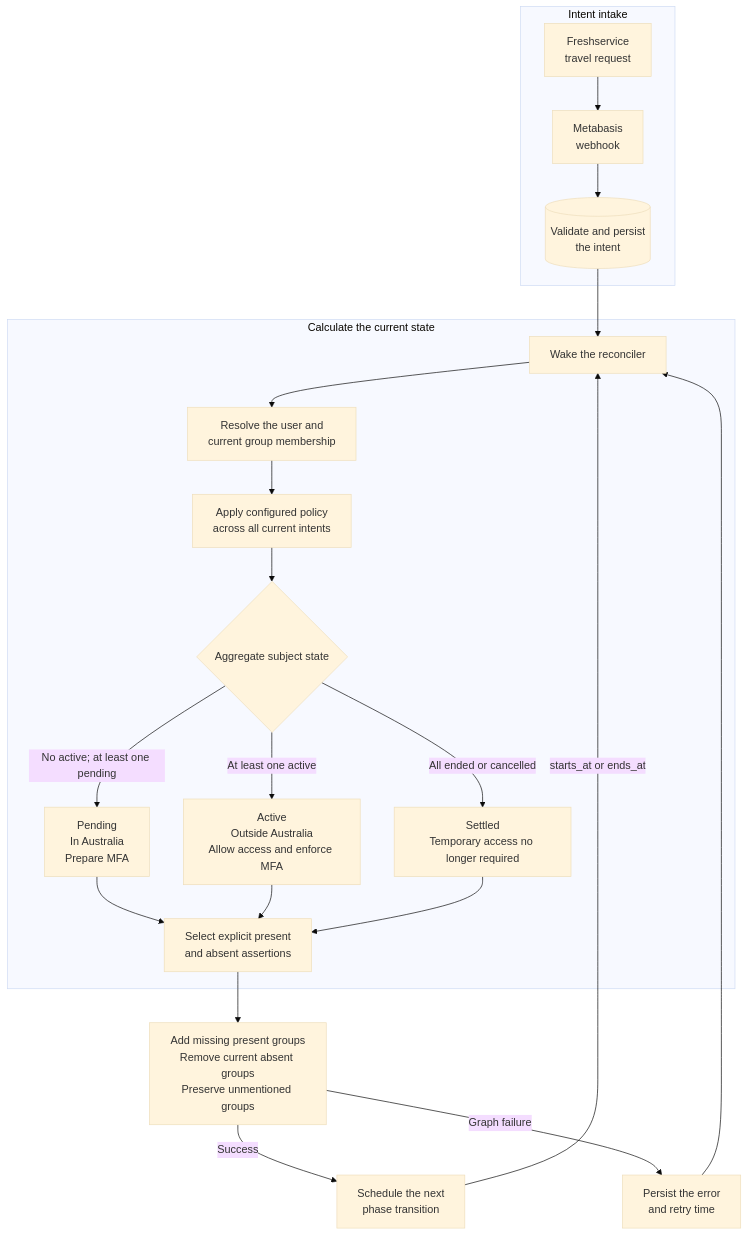
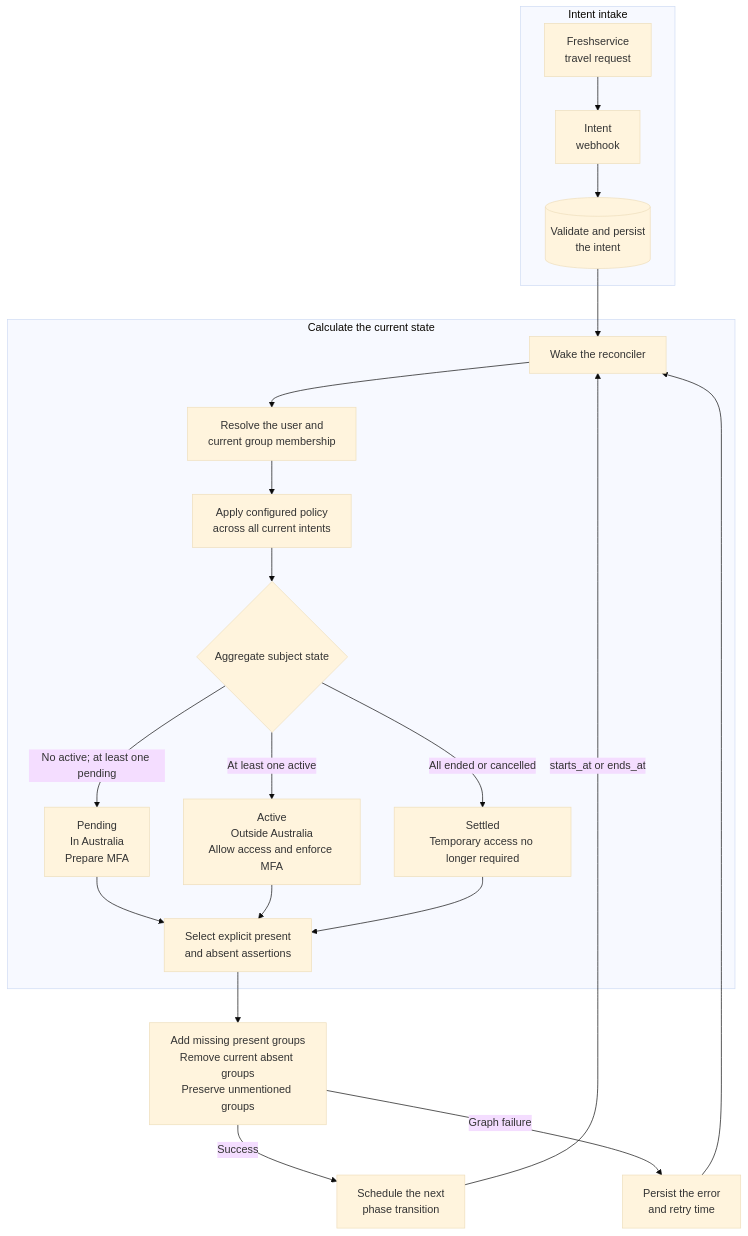
One commit to woodleighschool/metabasis changed the diagram in README.md. Above: the diagram before and after it, drawn with Mermaid (base theme). The commit also changed other lines of this file and 6 other files, not shown here.

````diff
--- a/README.md
+++ b/README.md
@@ -9,29 +9,29 @@
 ```mermaid
 flowchart TD
   subgraph intake["Intent intake"]
-    freshservice["Freshservice<br/>travel request"] --> webhook["Metabasis<br/>webhook"]
+    freshservice["Freshservice<br/>travel request"] --> webhook["Intent<br/>webhook"]
     webhook --> intent[("Validate and persist<br/>the intent")]
   end
 
   intent --> reconcile["Wake the reconciler"]
 
   subgraph planning["Calculate the current state"]
     reconcile --> identity["Resolve the user and<br/>current group membership"]
     identity --> policy["Apply configured policy<br/>across all current intents"]
     policy --> state{"Aggregate subject state"}
 
     state -->|No active; at least one pending| pending["Pending<br/>In Australia<br/>Prepare MFA"]
     state -->|At least one active| active["Active<br/>Outside Australia<br/>Allow access and enforce MFA"]
     state -->|All ended or cancelled| settled["Settled<br/>Temporary access no longer required"]
 
     pending --> assertions["Select explicit present<br/>and absent assertions"]
     active --> assertions
     settled --> assertions
   end
 
   assertions --> entra["Add missing present groups<br/>Remove current absent groups<br/>Preserve unmentioned groups"]
   entra -->|Success| schedule["Schedule the next<br/>phase transition"]
   entra -->|Graph failure| retry["Persist the error<br/>and retry time"]
   schedule -->|starts_at or ends_at| reconcile
   retry --> reconcile
 ```
````
